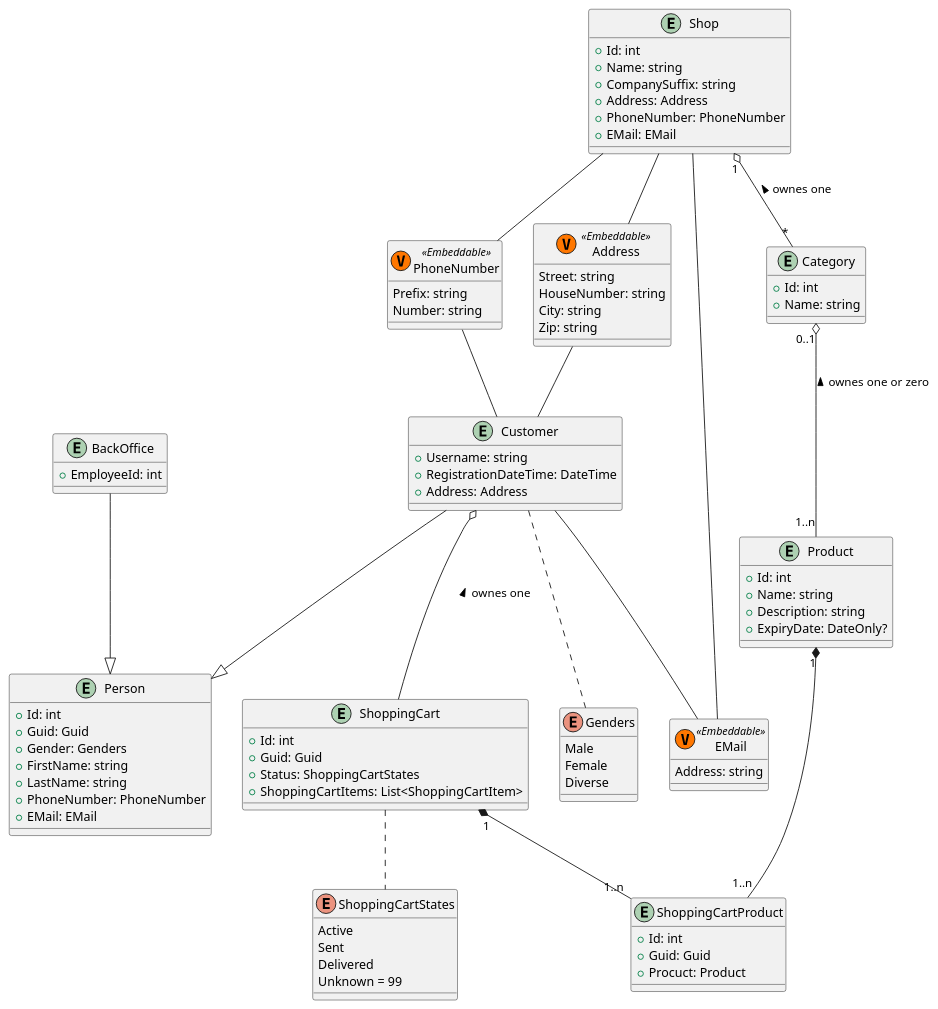
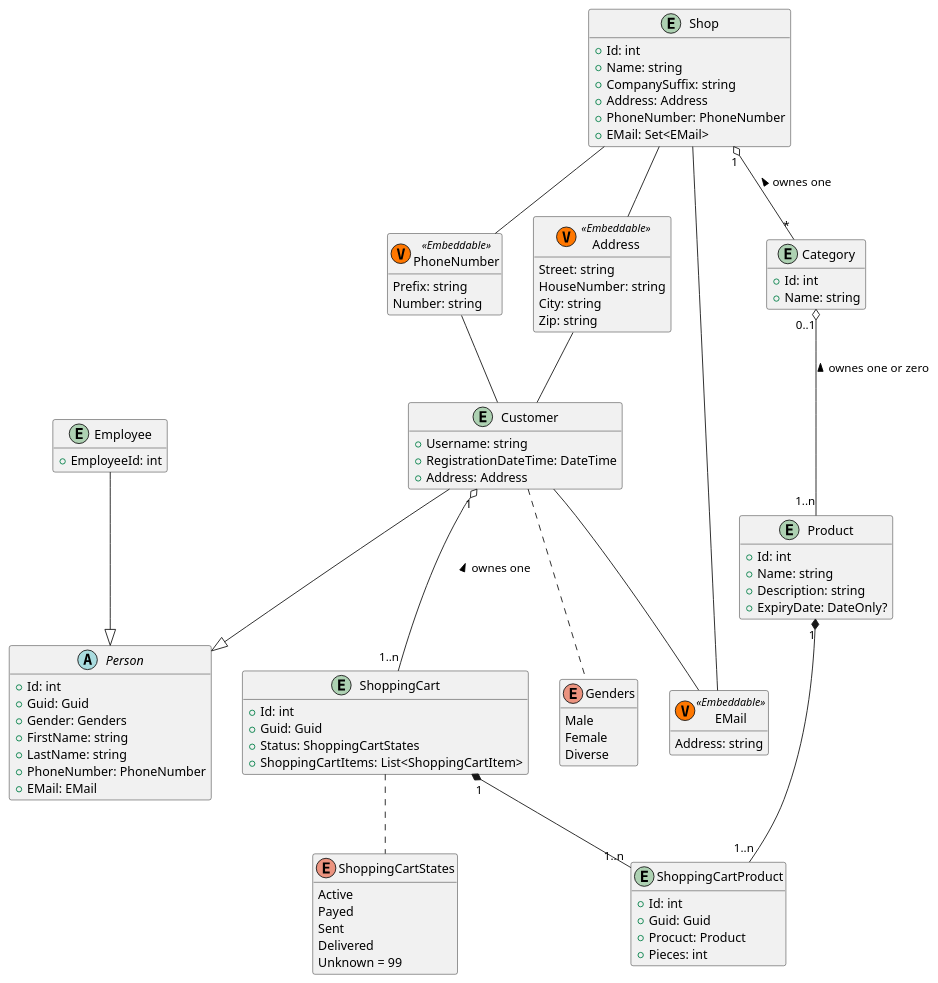
The diagram in README.md (Die-Spengergasse/sj22-23-56akif-pos-schrutek), drawn with PlantUML before and after one commit. The commit also changed other lines of this file and 24 other files, not shown here.

````diff
--- a/README.md
+++ b/README.md
@@ -55,8 +55,7 @@
-``` plantuml
-
+```plantuml
 @startuml
 
-entity Person {
+abstract class Person {
     + Id: int
     + Guid: Guid
     + Gender: Genders
@@ -72,7 +71,7 @@
     + Address: Address
 }
 
-entity BackOffice {
+entity Employee {
     + EmployeeId: int
 }
 
@@ -82,7 +81,7 @@
     + CompanySuffix: string
     + Address: Address
     + PhoneNumber: PhoneNumber
-    + EMail: EMail
+    + EMail: Set<EMail>
 }
 
 entity Category {
@@ -108,10 +107,12 @@
     + Id: int
     + Guid: Guid
     + Procuct: Product
+    + Pieces: int
 }
 
 enum ShoppingCartStates {
     Active
+    Payed
     Sent
     Delivered
     Unknown = 99
@@ -142,7 +143,7 @@
 Shop "1" o-- "*" Category : < ownes one
 Category "0..1" o-- "1..n" Product  : < ownes one or zero
 Customer .. Genders
-Customer o-- ShoppingCart : < ownes one
+Customer "1" o-- "1..n" ShoppingCart : < ownes one
 ShoppingCart "1" *-- "1..n" ShoppingCartProduct
 Product "1"  *-- "1..n" ShoppingCartProduct
 ShoppingCart .. ShoppingCartStates
@@ -153,10 +154,10 @@
 Shop -- PhoneNumber
 Shop -- EMail
 
+Customer --|> Person
+Employee --|> Person
 
-Customer --|> Person
-BackOffice --|> Person
+hide empty members
 
 @enduml
-
 ```
````
